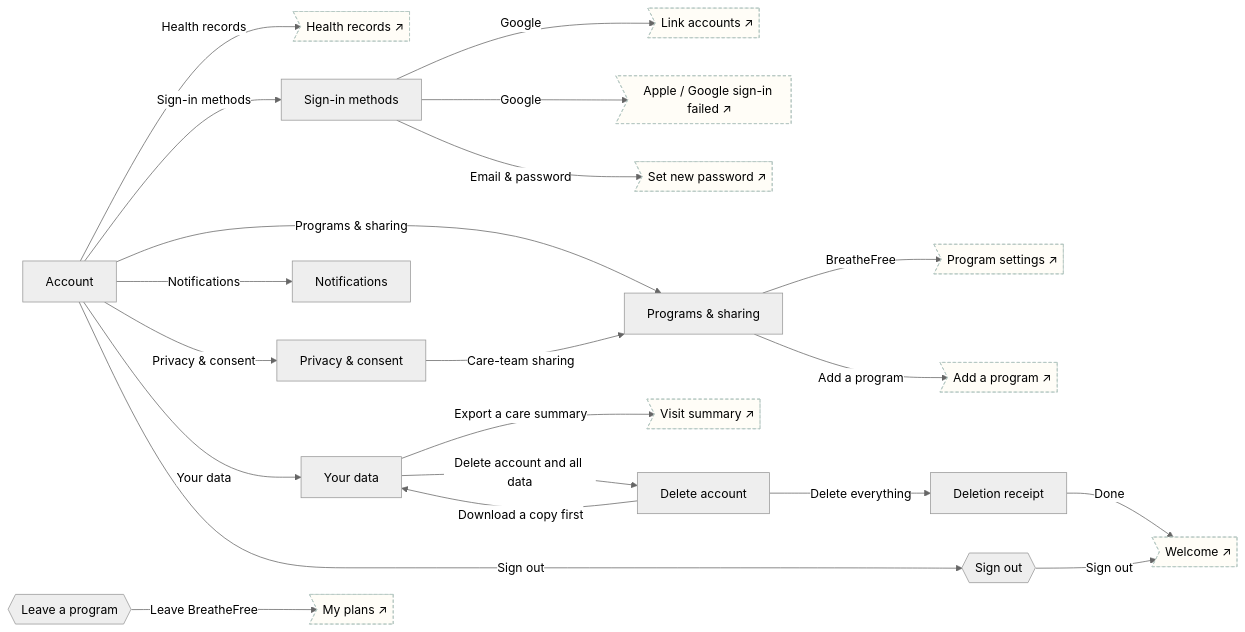
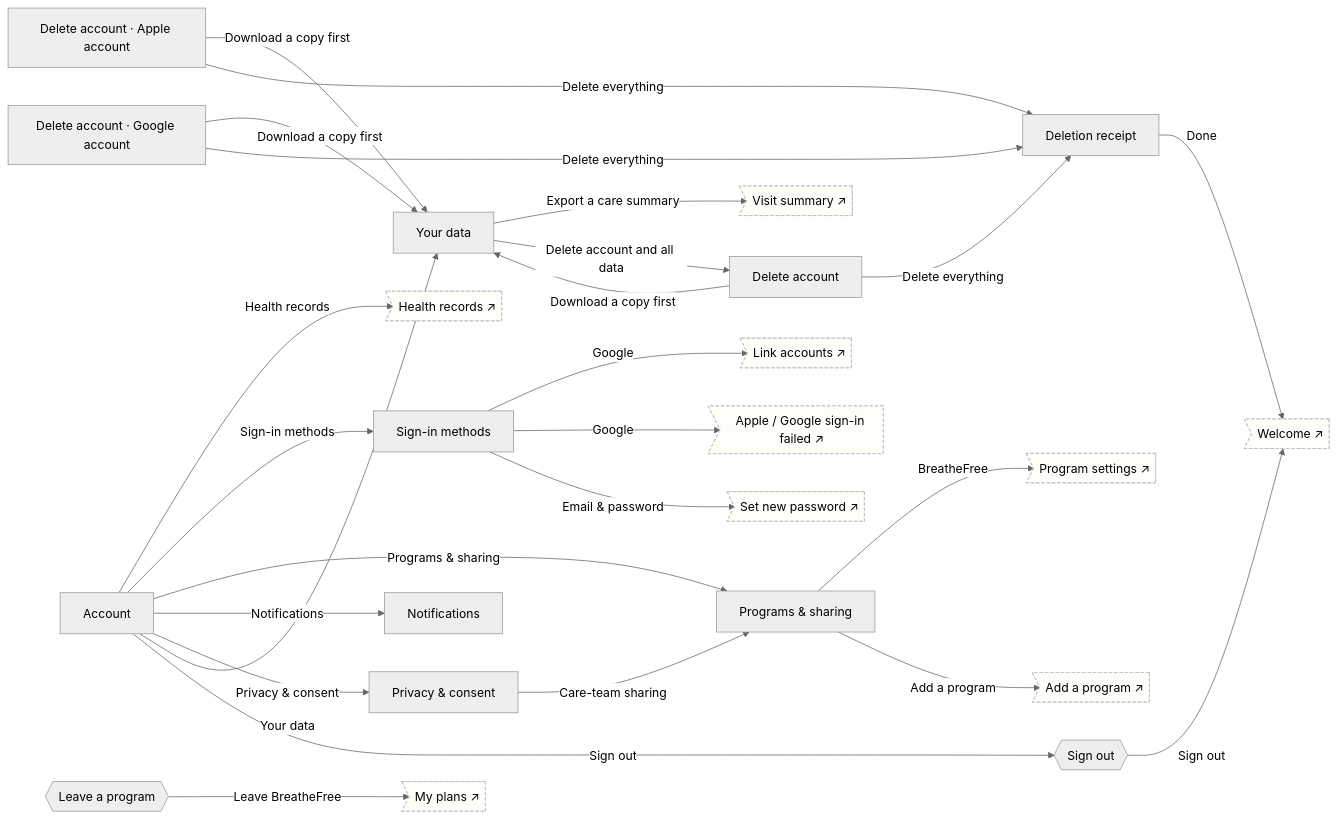
Before and after one commit to Tetherhealthgroup/Tether-Health: the diagram in tether_ui/flows/account.md, drawn with Mermaid (neutral theme). The commit also changed other lines of this file and 133 other files, not shown here.

````diff
--- a/tether_ui/flows/account.md
+++ b/tether_ui/flows/account.md
@@ -5,52 +5,58 @@
 ```mermaid
 flowchart LR
   account["Account"]
   account_signin_methods["Sign-in methods"]
   account_programs["Programs & sharing"]
   account_leave{{"Leave a program"}}
   account_notifications["Notifications"]
   account_privacy["Privacy & consent"]
   account_data["Your data"]
   account_delete["Delete account"]
   account_deleted["Deletion receipt"]
   account_signout{{"Sign out"}}
+  account_delete_apple["Delete account · Apple account"]
+  account_delete_google["Delete account · Google account"]
   account -->|"Health records"| records_hub
   account -->|"Sign-in methods"| account_signin_methods
   account -->|"Programs & sharing"| account_programs
   account -->|"Notifications"| account_notifications
   account -->|"Privacy & consent"| account_privacy
   account -->|"Your data"| account_data
   account -->|"Sign out"| account_signout
   account_signin_methods -->|"Google"| auth_link
   account_signin_methods -->|"Google"| auth_social_error
   account_signin_methods -->|"Email & password"| auth_newpass
   account_programs -->|"BreatheFree"| program_settings
   account_programs -->|"Add a program"| catalog
   account_leave -->|"Leave BreatheFree"| plans
   account_privacy -->|"Care-team sharing"| account_programs
   account_data -->|"Export a care summary"| hw_summary
   account_data -->|"Delete account and all data"| account_delete
   account_delete -->|"Download a copy first"| account_data
   account_delete -->|"Delete everything"| account_deleted
   account_deleted -->|"Done"| welcome
   account_signout -->|"Sign out"| welcome
+  account_delete_apple -->|"Download a copy first"| account_data
+  account_delete_apple -->|"Delete everything"| account_deleted
+  account_delete_google -->|"Download a copy first"| account_data
+  account_delete_google -->|"Delete everything"| account_deleted
   auth_link>"Link accounts ↗"]
   class auth_link ext
   auth_newpass>"Set new password ↗"]
   class auth_newpass ext
   auth_social_error>"Apple / Google sign-in failed ↗"]
   class auth_social_error ext
   catalog>"Add a program ↗"]
   class catalog ext
   hw_summary>"Visit summary ↗"]
   class hw_summary ext
   plans>"My plans ↗"]
   class plans ext
   program_settings>"Program settings ↗"]
   class program_settings ext
   records_hub>"Health records ↗"]
   class records_hub ext
   welcome>"Welcome ↗"]
   class welcome ext
   classDef ext fill:#FFFDF7,stroke:#B6C8C2,stroke-dasharray: 4 3
 ```
````
